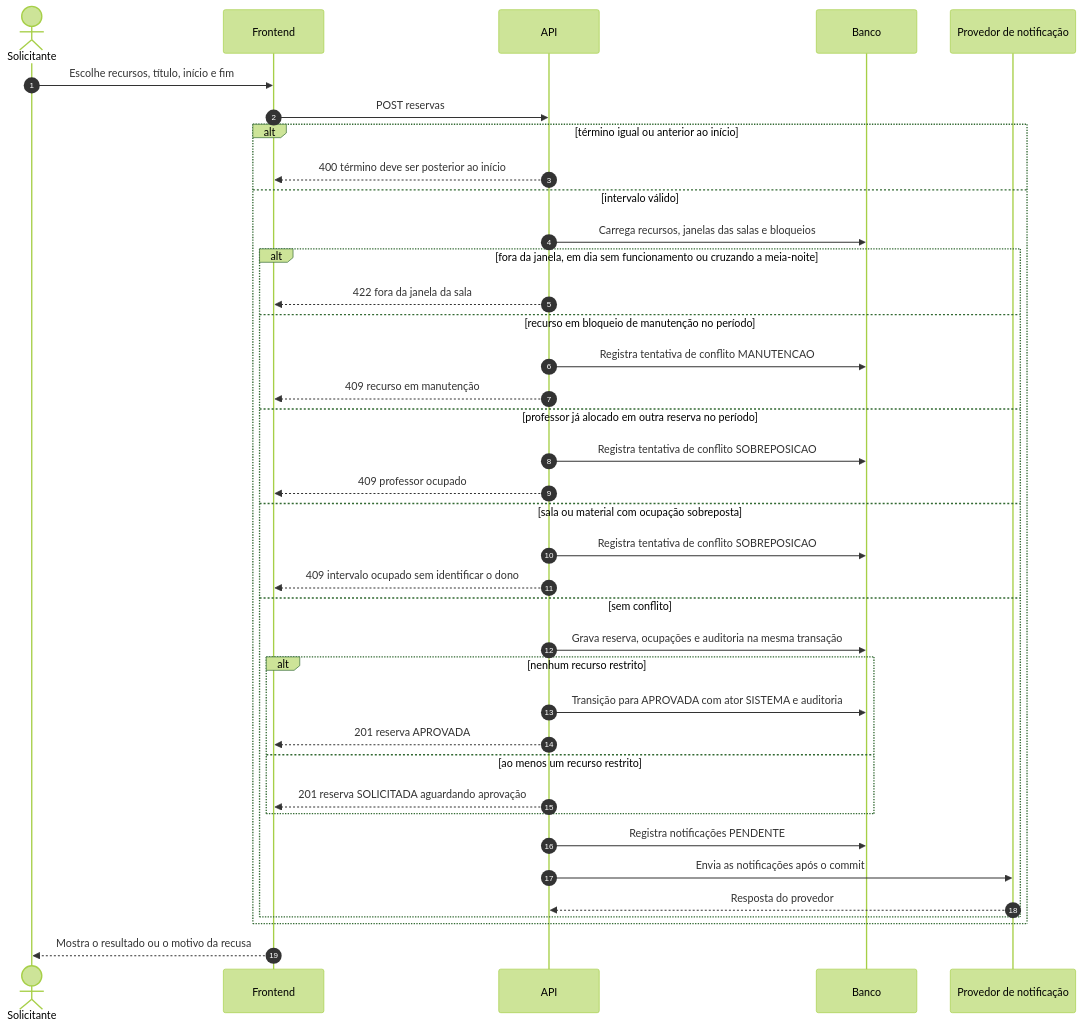
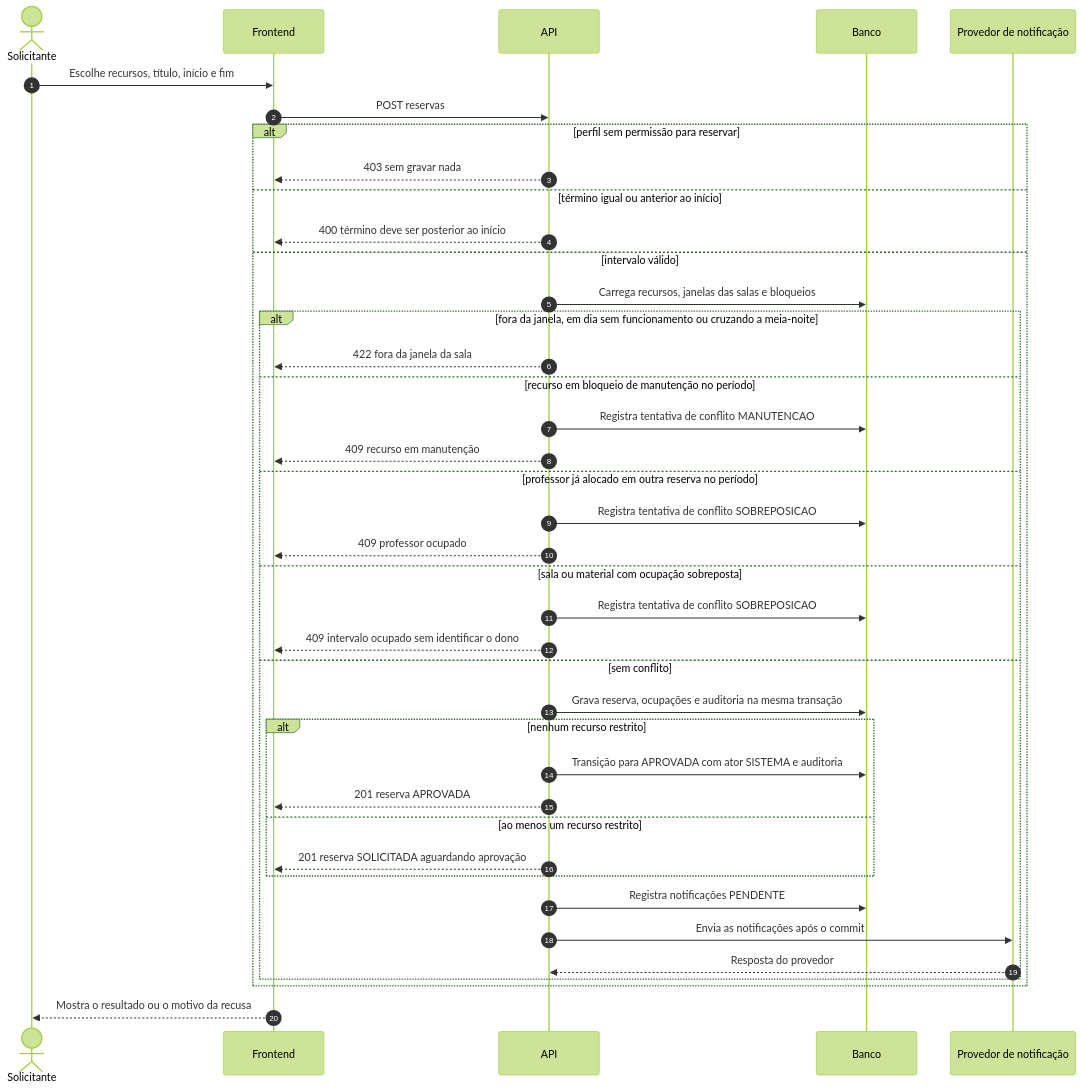
One commit to Jefferson-Silva-Geronimo/Projeto-QA-Organizador-de-Recursos-Jefferson changed the third of 14 diagrams in docs/prd/fluxos-sequencia.md. Above: the diagram before and after it, drawn with Mermaid (forest theme). The commit also changed other lines of this file, not shown here.

First line of the commit message:
docs: revisao fases 0 e 1 - diagramas de sequencia

````diff
--- a/docs/prd/fluxos-sequencia.md
+++ b/docs/prd/fluxos-sequencia.md
@@ -124,40 +125,42 @@
 ```mermaid
 sequenceDiagram
     autonumber
     actor U as Solicitante
     participant F as Frontend
     participant A as API
     participant B as Banco
     participant P as Provedor de notificação
     U->>F: Escolhe recursos, título, início e fim
     F->>A: POST reservas
-    alt término igual ou anterior ao início
+    alt perfil sem permissão para reservar
+        A-->>F: 403 sem gravar nada
+    else término igual ou anterior ao início
         A-->>F: 400 término deve ser posterior ao início
     else intervalo válido
         A->>B: Carrega recursos, janelas das salas e bloqueios
         alt fora da janela, em dia sem funcionamento ou cruzando a meia-noite
             A-->>F: 422 fora da janela da sala
         else recurso em bloqueio de manutenção no período
             A->>B: Registra tentativa de conflito MANUTENCAO
             A-->>F: 409 recurso em manutenção
         else professor já alocado em outra reserva no período
             A->>B: Registra tentativa de conflito SOBREPOSICAO
             A-->>F: 409 professor ocupado
         else sala ou material com ocupação sobreposta
             A->>B: Registra tentativa de conflito SOBREPOSICAO
             A-->>F: 409 intervalo ocupado sem identificar o dono
         else sem conflito
             A->>B: Grava reserva, ocupações e auditoria na mesma transação
             alt nenhum recurso restrito
                 A->>B: Transição para APROVADA com ator SISTEMA e auditoria
                 A-->>F: 201 reserva APROVADA
             else ao menos um recurso restrito
                 A-->>F: 201 reserva SOLICITADA aguardando aprovação
             end
             A->>B: Registra notificações PENDENTE
             A->>P: Envia as notificações após o commit
             P-->>A: Resposta do provedor
         end
     end
     F-->>U: Mostra o resultado ou o motivo da recusa
 ```
````
